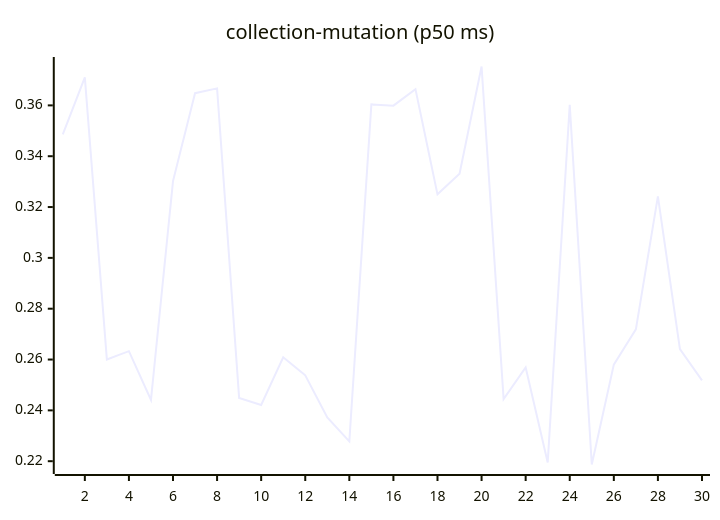
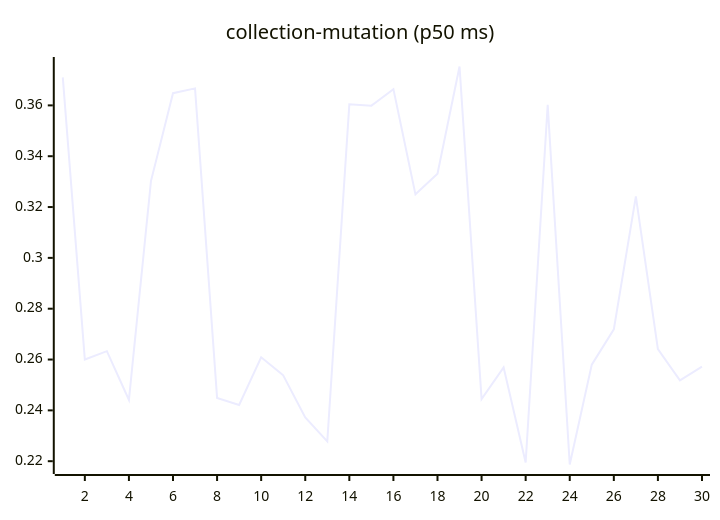
The sixth of 27 diagrams in README.md (josha/Facet), drawn with Mermaid before and after one commit. The commit also changed other lines of this file and 2 other files, not shown here.

````diff
--- a/README.md
+++ b/README.md
@@ -98,6 +98,6 @@
 ```mermaid
 xychart-beta
     title "collection-mutation (p50 ms)"
     x-axis 1 --> 30
-    line [0.3486, 0.3710, 0.2600, 0.2633, 0.2441, 0.3302, 0.3648, 0.3667, 0.2449, 0.2421, 0.2609, 0.2538, 0.2372, 0.2278, 0.3604, 0.3599, 0.3664, 0.3250, 0.3331, 0.3753, 0.2444, 0.2569, 0.2195, 0.3602, 0.2187, 0.2580, 0.2719, 0.3242, 0.2641, 0.2518]
+    line [0.3710, 0.2600, 0.2633, 0.2441, 0.3302, 0.3648, 0.3667, 0.2449, 0.2421, 0.2609, 0.2538, 0.2372, 0.2278, 0.3604, 0.3599, 0.3664, 0.3250, 0.3331, 0.3753, 0.2444, 0.2569, 0.2195, 0.3602, 0.2187, 0.2580, 0.2719, 0.3242, 0.2641, 0.2518, 0.2572]
 ```
````
